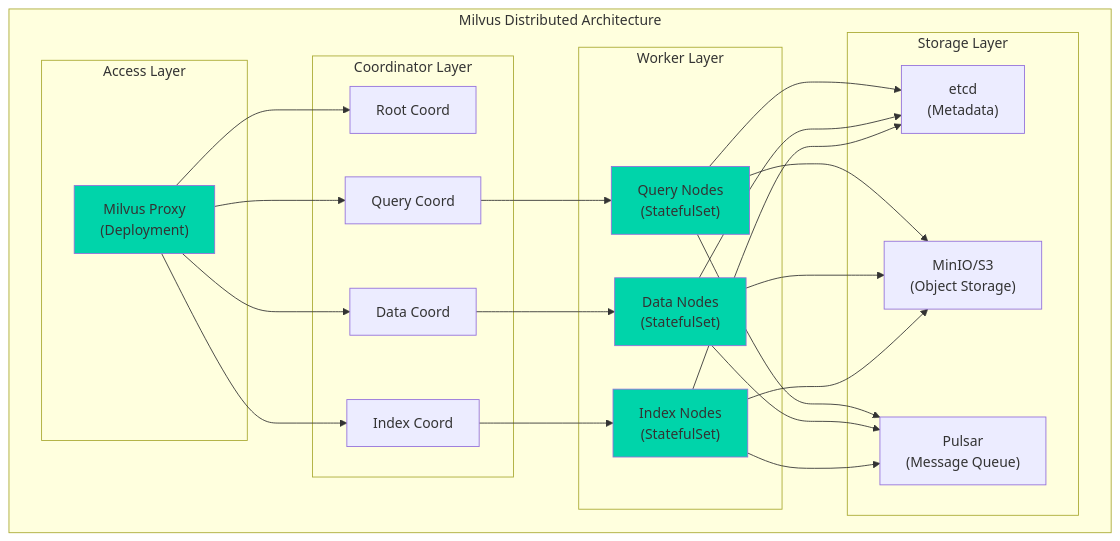
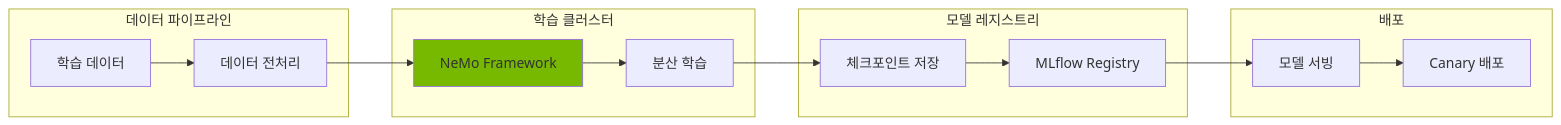
Diagram 14 of 16 in docs/agentic-ai-platform/agentic-ai-challenges.md (devfloor9/engineering-playbook), drawn with Mermaid before and after one commit. The commit also changed other lines of this file and 1 other file, not shown here.

````diff
--- a/docs/agentic-ai-platform/agentic-ai-challenges.md
+++ b/docs/agentic-ai-platform/agentic-ai-challenges.md
@@ -786,38 +829,32 @@
 ```mermaid
-graph TB
-    subgraph "Milvus Distributed Architecture"
-        subgraph "Access Layer"
-            PROXY["Milvus Proxy<br/>(Deployment)"]
-        end
-
-        subgraph "Coordinator Layer"
-            ROOT["Root Coord"]
-            QUERY["Query Coord"]
-            DATA["Data Coord"]
-            INDEX["Index Coord"]
-        end
-
-        subgraph "Worker Layer"
-            QN["Query Nodes<br/>(StatefulSet)"]
-            DN["Data Nodes<br/>(StatefulSet)"]
-            IN["Index Nodes<br/>(StatefulSet)"]
-        end
-
-        subgraph "Storage Layer"
-            ETCD["etcd<br/>(Metadata)"]
-            MINIO["MinIO/S3<br/>(Object Storage)"]
-            PULSAR["Pulsar<br/>(Message Queue)"]
-        end
+graph LR
+    subgraph "데이터 파이프라인"
+        DATA["학습 데이터"]
+        PREP["데이터 전처리"]
     end
 
-    PROXY --> ROOT & QUERY & DATA & INDEX
-    QUERY --> QN
-    DATA --> DN
-    INDEX --> IN
-    QN & DN & IN --> ETCD & MINIO & PULSAR
+    subgraph "학습 클러스터"
+        NEMO["NeMo Framework"]
+        DIST["분산 학습"]
+    end
 
-    style PROXY fill:#00d4aa
-    style QN fill:#00d4aa
-    style DN fill:#00d4aa
-    style IN fill:#00d4aa
+    subgraph "모델 레지스트리"
+        CKPT["체크포인트 저장"]
+        MLFLOW["MLflow Registry"]
+    end
+
+    subgraph "배포"
+        SERVE["모델 서빙"]
+        CANARY["Canary 배포"]
+    end
+
+    DATA --> PREP
+    PREP --> NEMO
+    NEMO --> DIST
+    DIST --> CKPT
+    CKPT --> MLFLOW
+    MLFLOW --> SERVE
+    SERVE --> CANARY
+
+    style NEMO fill:#76b900
 ```
````
